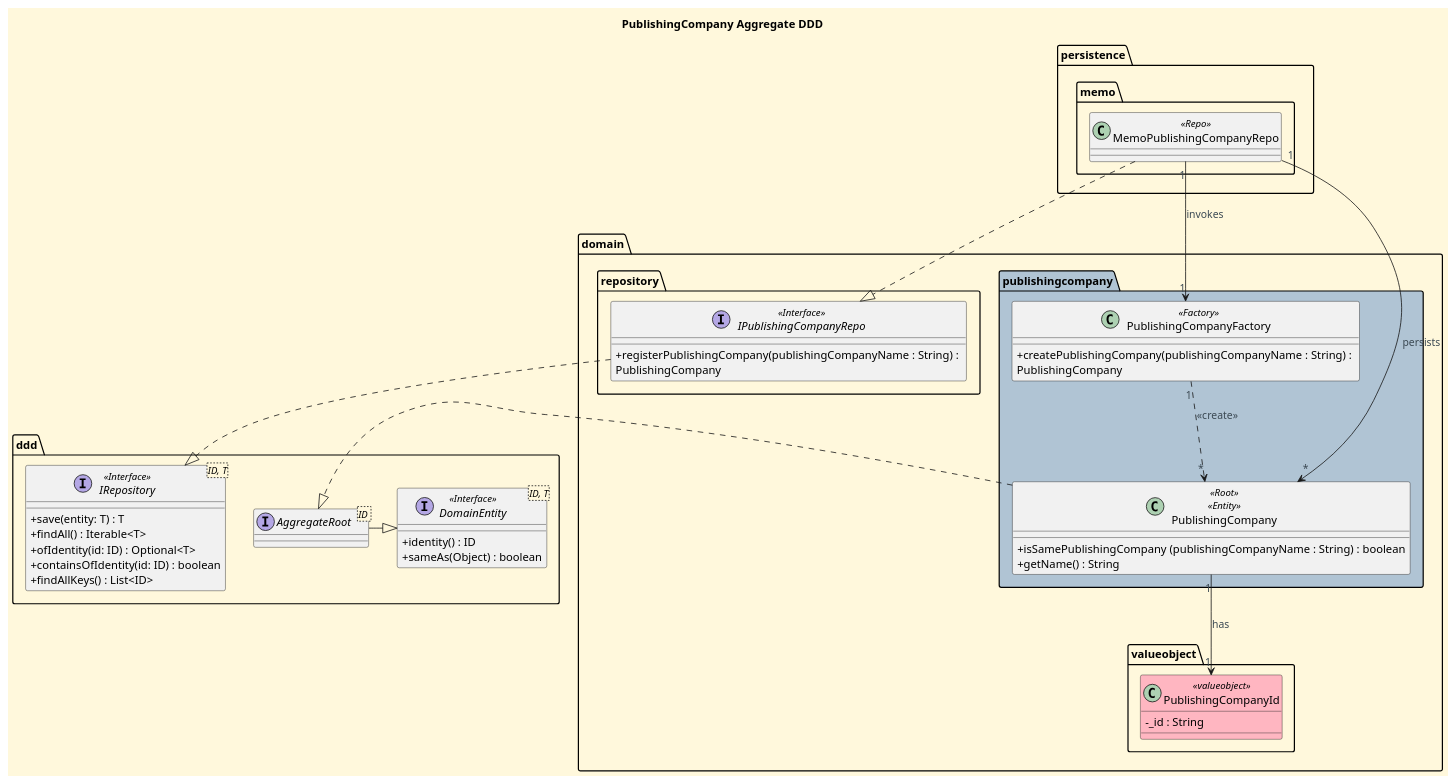
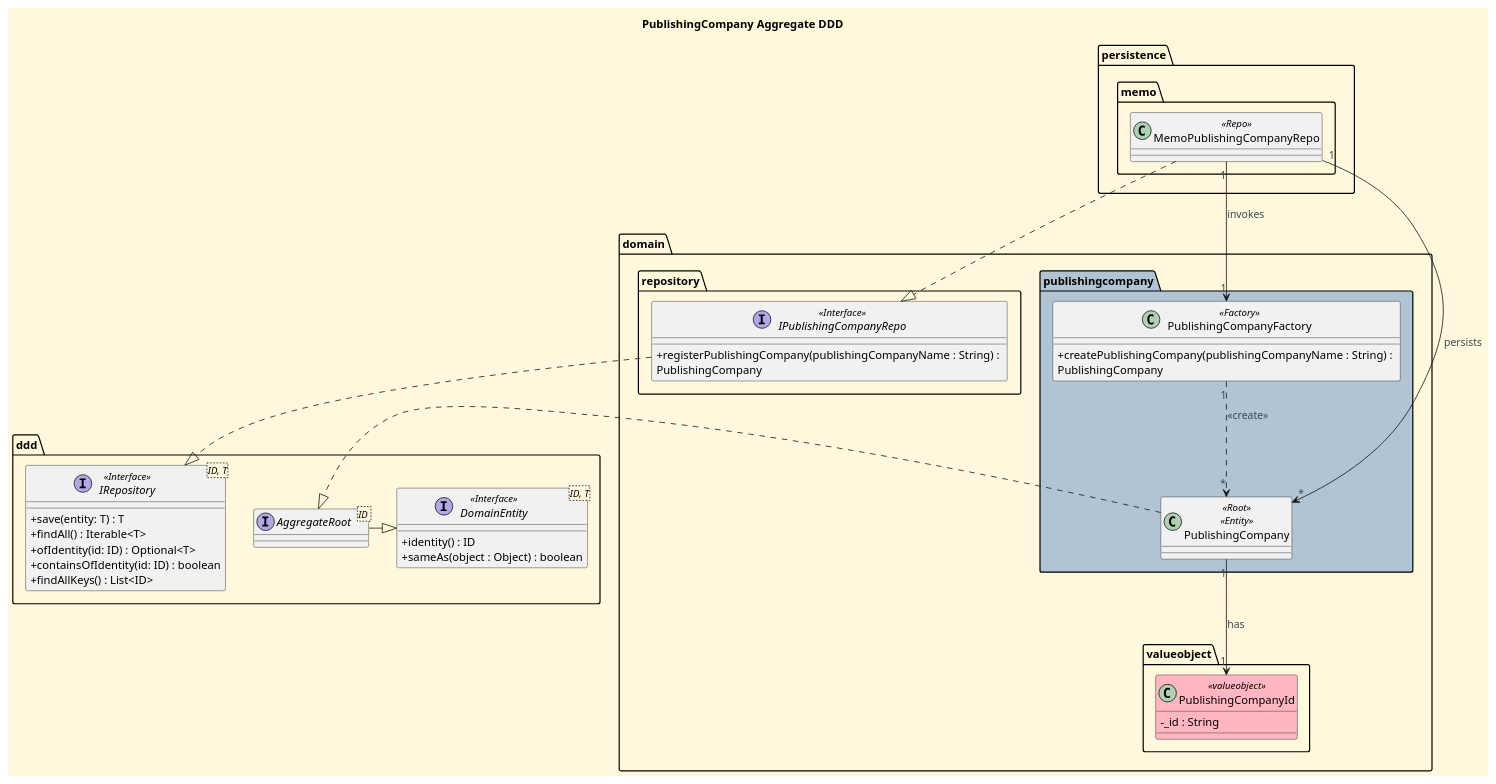
Before and after one commit to CarolinaLeite-collab/JavaMarketplacePlatform: the diagram in docs/aggregates-diagrams/Publishing_Company_Aggregate.puml, drawn with PlantUML. The commit also changed 1 other file, not shown here.

Commit message:
docs: minor fixes to PublicationType and PublishingCompany Aggregate diagrams, ref. #552

```diff
--- a/docs/aggregates-diagrams/Publishing_Company_Aggregate.puml
+++ b/docs/aggregates-diagrams/Publishing_Company_Aggregate.puml
@@ -1,93 +1,91 @@
 @startuml
 'https://plantuml.com/class-diagram
 title PublishingCompany Aggregate DDD
 
 '==== basic style ====
 skinparam monochrome false
 skinparam shadowing false
 skinparam defaultFontName Futura
 skinparam objectFontSize 20
 skinparam backgroundColor CornSilk
 skinparam objectBackgroundColor WhiteSmoke
 skinparam noteBackgroundColor #FFFFE0
 skinparam ArrowFontColor #3B4953
 skinparam ActivationBackgroundColor black
 skinparam classAttributeIconSize 0
 
 top to bottom direction
 
 package "persistence" {
 
     package "memo" {
 
         class MemoPublishingCompanyRepo <<Repo>> {
         }
 
     }
 }
 
 package "domain" {
 
     package "repository" {
 
         interface IPublishingCompanyRepo <<Interface>> {
         + registerPublishingCompany(publishingCompanyName : String) : \nPublishingCompany
         }
 
     }
 
     package "valueobject" {
 
         class PublishingCompanyId <<valueobject>> #LightPink {
         - _id : String
         }
 
     }
 
     package "publishingcompany" #b0c4d4 {
 
         class PublishingCompany <<Root>> <<Entity>> {
-        + isSamePublishingCompany (publishingCompanyName : String) : boolean
-        + getName() : String
         }
 
         class PublishingCompanyFactory <<Factory>> {
         + createPublishingCompany(publishingCompanyName : String) : \nPublishingCompany
 
         }
 
     }
 
 }
 
 Package "ddd" {
     interface IRepository<ID, T> <<Interface>> {
         +save(entity: T) : T
         +findAll() : Iterable<T>
         +ofIdentity(id: ID) : Optional<T>
         +containsOfIdentity(id: ID) : boolean
         +findAllKeys() : List<ID>
     }
 
     interface AggregateRoot <ID >{
     }
     interface DomainEntity<ID, T> <<Interface>> {
         +identity() : ID
-        +sameAs(Object) : boolean
+        +sameAs(object : Object) : boolean
     }
 }
 
 
 MemoPublishingCompanyRepo ..|> IPublishingCompanyRepo
 IPublishingCompanyRepo ..|> IRepository
 MemoPublishingCompanyRepo "1" --> "1" PublishingCompanyFactory : invokes
 
 MemoPublishingCompanyRepo "1" --> "*" PublishingCompany : persists
 
 PublishingCompany "1" --> "1" PublishingCompanyId: has
 
 PublishingCompanyFactory "1" ..> "*" PublishingCompany: <<create>>
 
 AggregateRoot -|> DomainEntity
 PublishingCompany .|> AggregateRoot
 @enduml
```
